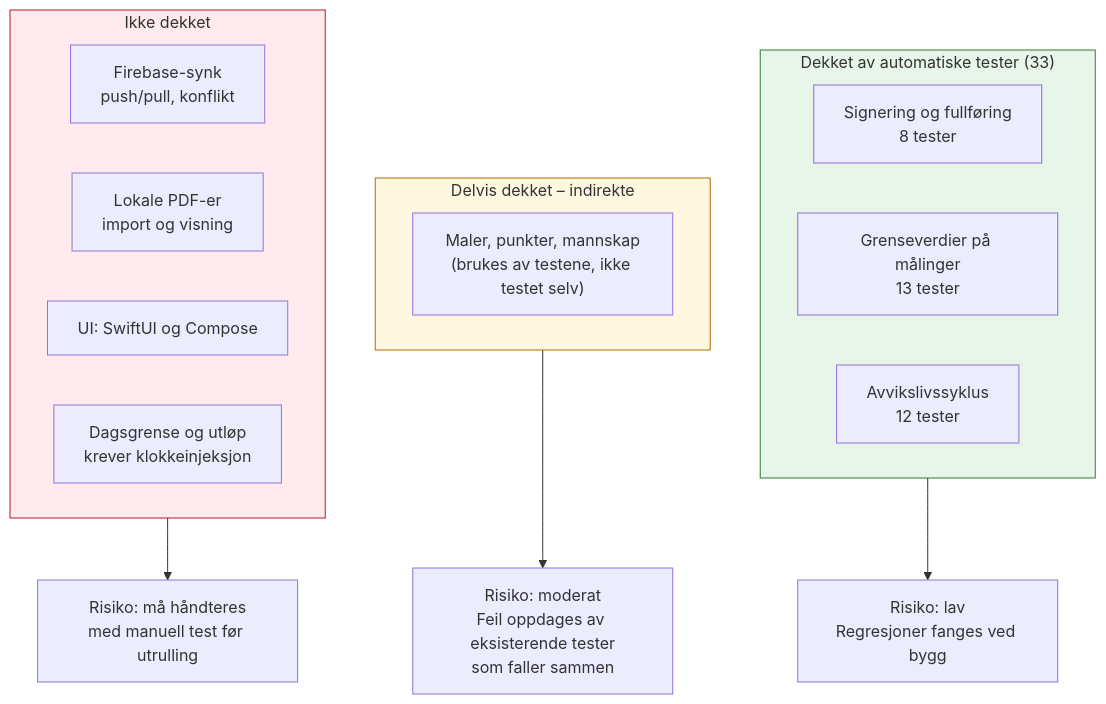
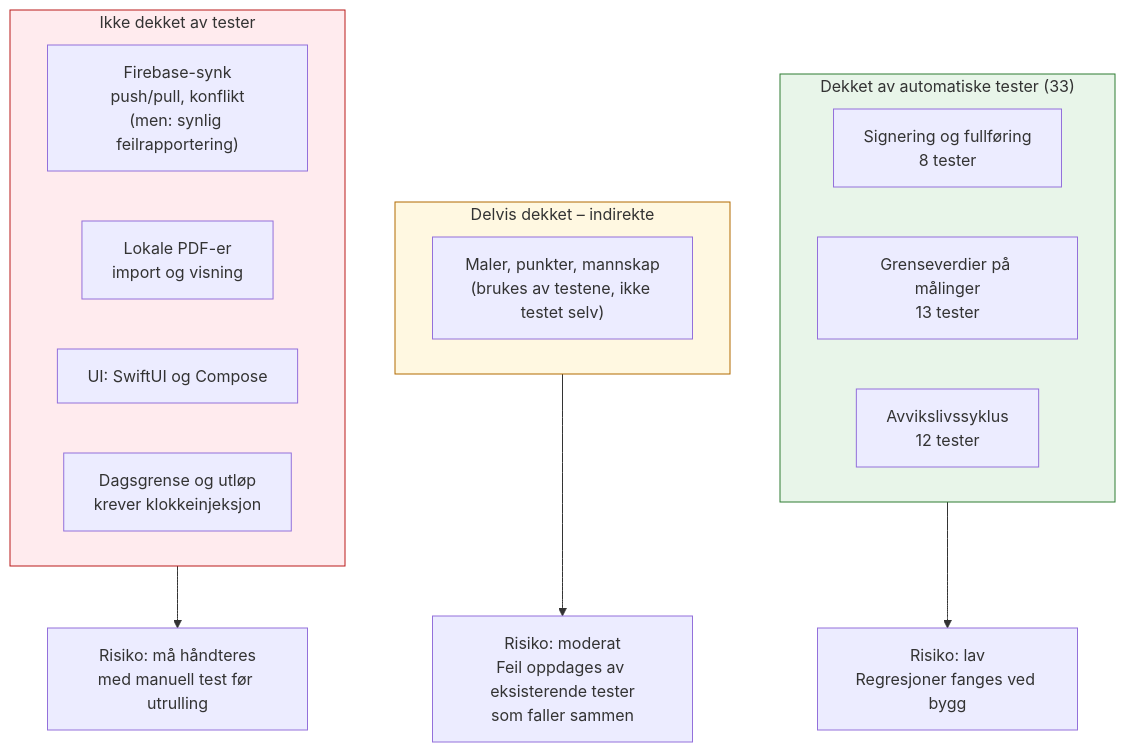
The diagram in diagrams/test-coverage.md (Vegardmykle/RedCross-Ambulance), drawn with Mermaid before and after one commit. The commit also changed other lines of this file and 4 other files, not shown here.

````diff
--- a/diagrams/test-coverage.md
+++ b/diagrams/test-coverage.md
@@ -11,29 +11,29 @@
 ```mermaid
 flowchart TB
     subgraph Testet["Dekket av automatiske tester (33)"]
         direction LR
         sign["Signering og fullføring\n8 tester"]
         limits["Grenseverdier på målinger\n13 tester"]
         lifecycle["Avvikslivssyklus\n12 tester"]
     end
 
     subgraph Delvis["Delvis dekket – indirekte"]
         crud["Maler, punkter, mannskap\n(brukes av testene, ikke testet selv)"]
     end
 
-    subgraph Udekket["Ikke dekket"]
+    subgraph Udekket["Ikke dekket av tester"]
         direction LR
-        sync["Firebase-synk\npush/pull, konflikt"]
+        sync["Firebase-synk\npush/pull, konflikt\n(men: synlig feilrapportering)"]
         pdf["Lokale PDF-er\nimport og visning"]
         ui["UI: SwiftUI og Compose"]
         clock["Dagsgrense og utløp\nkrever klokkeinjeksjon"]
     end
 
     Testet --> risk1["Risiko: lav\nRegresjoner fanges ved bygg"]
     Delvis --> risk2["Risiko: moderat\nFeil oppdages av eksisterende tester\nsom faller sammen"]
     Udekket --> risk3["Risiko: må håndteres\nmed manuell test før utrulling"]
 
     style Testet fill:#E8F5E9,stroke:#2E7D32
     style Delvis fill:#FFF8E1,stroke:#B26A00
     style Udekket fill:#FFEBEE,stroke:#BA1A1A
 ```
````
